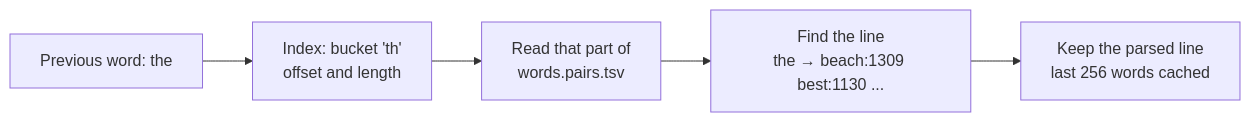
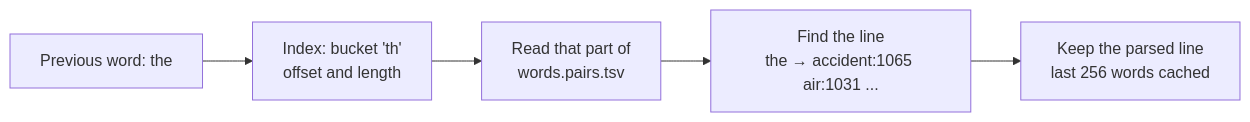
The fourth of 7 diagrams in README.md (Pixxel123/tapless.koplugin), drawn with Mermaid before and after one commit. The commit also changed other lines of this file and 17 other files, not shown here.

````diff
--- a/README.md
+++ b/README.md
@@ -389,7 +413,7 @@
 ```mermaid
 flowchart LR
     A["Previous word: the"] --> B["Index: bucket 'th'<br/>offset and length"]
     B --> C["Read that part of<br/>words.pairs.tsv"]
-    C --> D["Find the line<br/>the → beach:1309 best:1130 ..."]
+    C --> D["Find the line<br/>the → accident:1065 air:1031 ..."]
     D --> E["Keep the parsed line<br/>last 256 words cached"]
 ```
````
